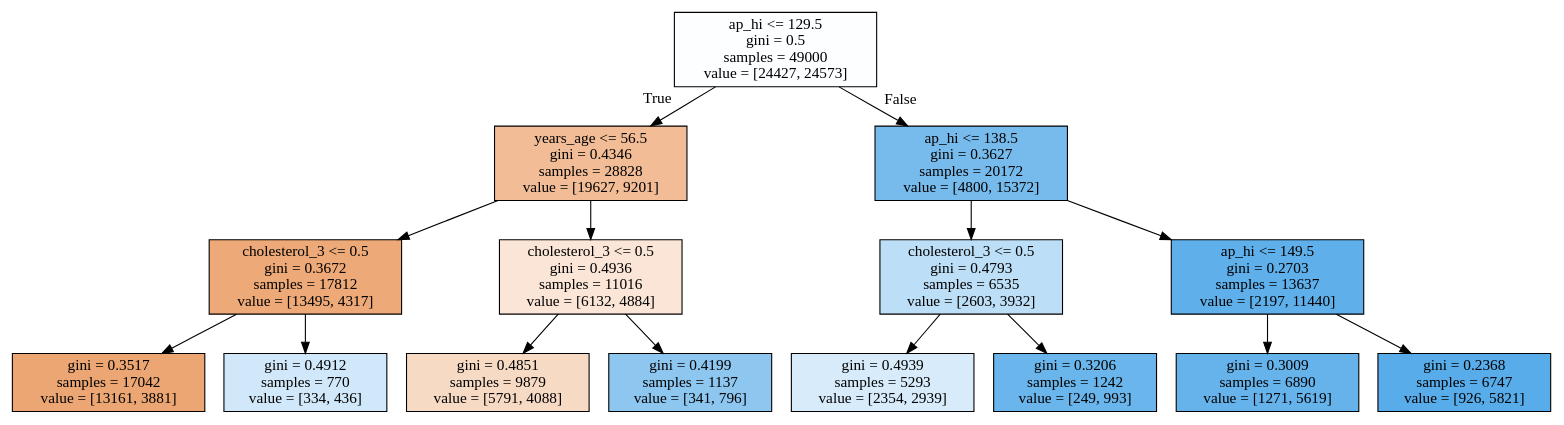
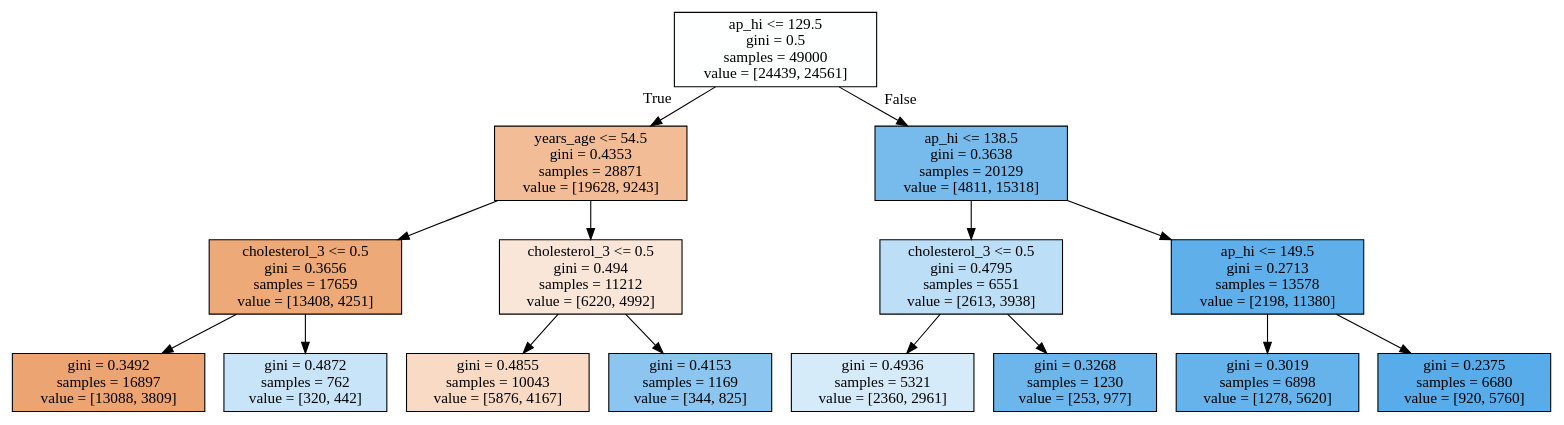
The diagram in img/churn_tree.dot (tarnenok/mlcourse_open), drawn with Graphviz before and after one commit. The commit also changed 2 other files, not shown here.

```diff
--- a/img/churn_tree.dot
+++ b/img/churn_tree.dot
@@ -1,32 +1,32 @@
 digraph Tree {
 node [shape=box, style="filled", color="black"] ;
-0 [label="ap_hi <= 129.5\ngini = 0.5\nsamples = 49000\nvalue = [24427, 24573]", fillcolor="#399de502"] ;
-1 [label="years_age <= 56.5\ngini = 0.4346\nsamples = 28828\nvalue = [19627, 9201]", fillcolor="#e5813987"] ;
+0 [label="ap_hi <= 129.5\ngini = 0.5\nsamples = 49000\nvalue = [24439, 24561]", fillcolor="#399de501"] ;
+1 [label="years_age <= 54.5\ngini = 0.4353\nsamples = 28871\nvalue = [19628, 9243]", fillcolor="#e5813987"] ;
 0 -> 1 [labeldistance=2.5, labelangle=45, headlabel="True"] ;
-2 [label="cholesterol_3 <= 0.5\ngini = 0.3672\nsamples = 17812\nvalue = [13495, 4317]", fillcolor="#e58139ad"] ;
+2 [label="cholesterol_3 <= 0.5\ngini = 0.3656\nsamples = 17659\nvalue = [13408, 4251]", fillcolor="#e58139ae"] ;
 1 -> 2 ;
-3 [label="gini = 0.3517\nsamples = 17042\nvalue = [13161, 3881]", fillcolor="#e58139b4"] ;
+3 [label="gini = 0.3492\nsamples = 16897\nvalue = [13088, 3809]", fillcolor="#e58139b5"] ;
 2 -> 3 ;
-4 [label="gini = 0.4912\nsamples = 770\nvalue = [334, 436]", fillcolor="#399de53c"] ;
+4 [label="gini = 0.4872\nsamples = 762\nvalue = [320, 442]", fillcolor="#399de546"] ;
 2 -> 4 ;
-5 [label="cholesterol_3 <= 0.5\ngini = 0.4936\nsamples = 11016\nvalue = [6132, 4884]", fillcolor="#e5813934"] ;
+5 [label="cholesterol_3 <= 0.5\ngini = 0.494\nsamples = 11212\nvalue = [6220, 4992]", fillcolor="#e5813932"] ;
 1 -> 5 ;
-6 [label="gini = 0.4851\nsamples = 9879\nvalue = [5791, 4088]", fillcolor="#e581394b"] ;
+6 [label="gini = 0.4855\nsamples = 10043\nvalue = [5876, 4167]", fillcolor="#e581394a"] ;
 5 -> 6 ;
-7 [label="gini = 0.4199\nsamples = 1137\nvalue = [341, 796]", fillcolor="#399de592"] ;
+7 [label="gini = 0.4153\nsamples = 1169\nvalue = [344, 825]", fillcolor="#399de595"] ;
 5 -> 7 ;
-8 [label="ap_hi <= 138.5\ngini = 0.3627\nsamples = 20172\nvalue = [4800, 15372]", fillcolor="#399de5af"] ;
+8 [label="ap_hi <= 138.5\ngini = 0.3638\nsamples = 20129\nvalue = [4811, 15318]", fillcolor="#399de5af"] ;
 0 -> 8 [labeldistance=2.5, labelangle=-45, headlabel="False"] ;
-9 [label="cholesterol_3 <= 0.5\ngini = 0.4793\nsamples = 6535\nvalue = [2603, 3932]", fillcolor="#399de556"] ;
+9 [label="cholesterol_3 <= 0.5\ngini = 0.4795\nsamples = 6551\nvalue = [2613, 3938]", fillcolor="#399de556"] ;
 8 -> 9 ;
-10 [label="gini = 0.4939\nsamples = 5293\nvalue = [2354, 2939]", fillcolor="#399de533"] ;
+10 [label="gini = 0.4936\nsamples = 5321\nvalue = [2360, 2961]", fillcolor="#399de534"] ;
 9 -> 10 ;
-11 [label="gini = 0.3206\nsamples = 1242\nvalue = [249, 993]", fillcolor="#399de5bf"] ;
+11 [label="gini = 0.3268\nsamples = 1230\nvalue = [253, 977]", fillcolor="#399de5bd"] ;
 9 -> 11 ;
-12 [label="ap_hi <= 149.5\ngini = 0.2703\nsamples = 13637\nvalue = [2197, 11440]", fillcolor="#399de5ce"] ;
+12 [label="ap_hi <= 149.5\ngini = 0.2713\nsamples = 13578\nvalue = [2198, 11380]", fillcolor="#399de5ce"] ;
 8 -> 12 ;
-13 [label="gini = 0.3009\nsamples = 6890\nvalue = [1271, 5619]", fillcolor="#399de5c5"] ;
+13 [label="gini = 0.3019\nsamples = 6898\nvalue = [1278, 5620]", fillcolor="#399de5c5"] ;
 12 -> 13 ;
-14 [label="gini = 0.2368\nsamples = 6747\nvalue = [926, 5821]", fillcolor="#399de5d6"] ;
+14 [label="gini = 0.2375\nsamples = 6680\nvalue = [920, 5760]", fillcolor="#399de5d6"] ;
 12 -> 14 ;
 }
```
